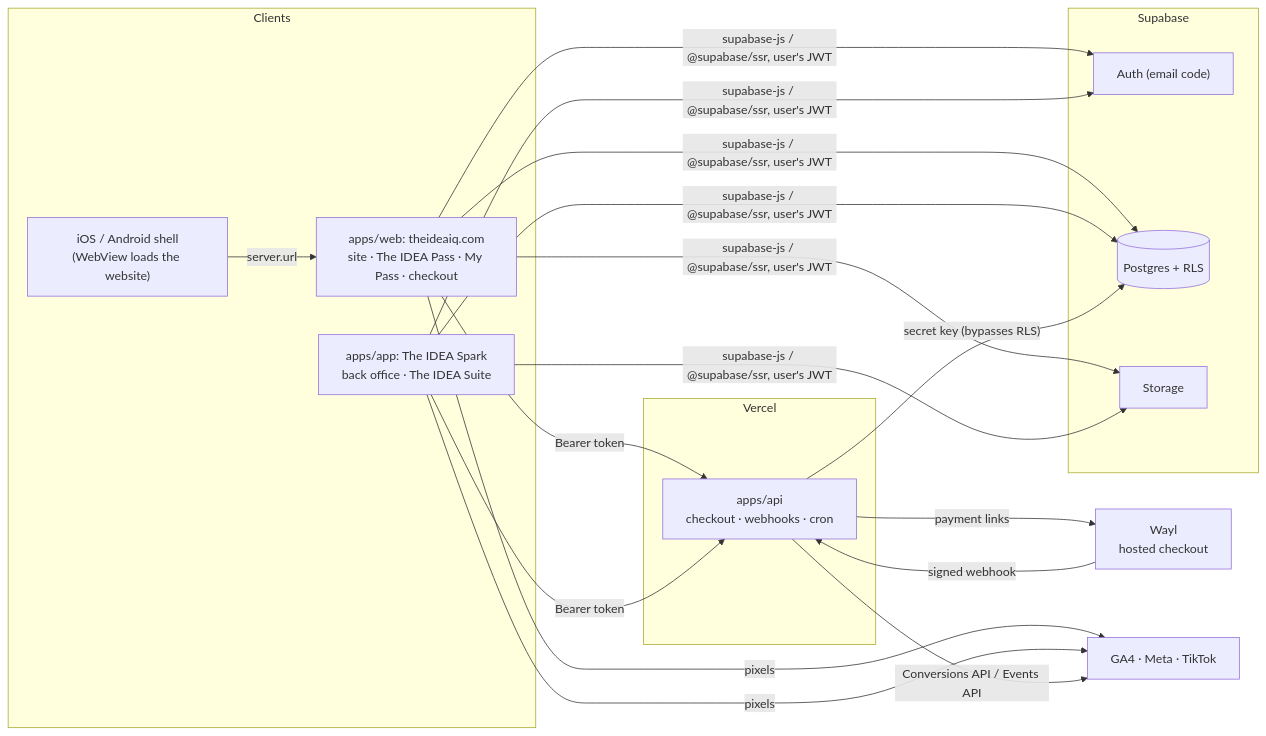
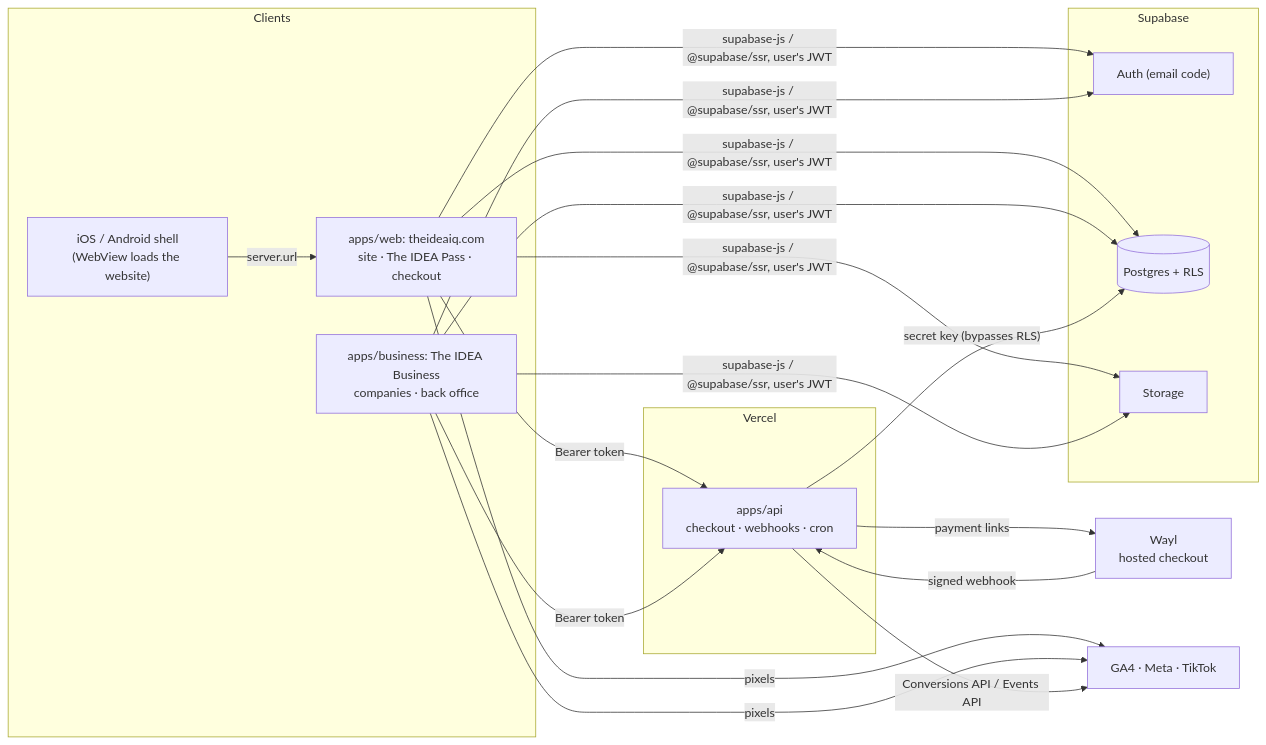
The first of 2 diagrams in ARCHITECTURE_AND_INTEGRATIONS.md (theideaiq/monorepo), drawn with Mermaid before and after one commit. The commit also changed other lines of this file and 286 other files, not shown here.

````diff
--- a/ARCHITECTURE_AND_INTEGRATIONS.md
+++ b/ARCHITECTURE_AND_INTEGRATIONS.md
@@ -24,27 +24,27 @@
 ```mermaid
 flowchart LR
   subgraph Clients
-    W["apps/web: theideaiq.com<br/>site · The IDEA Pass · My Pass · checkout"]
-    A["apps/app: The IDEA Spark<br/>back office · The IDEA Suite"]
+    W["apps/web: theideaiq.com<br/>site · The IDEA Pass · checkout"]
+    A["apps/business: The IDEA Business<br/>companies · back office"]
     N["iOS / Android shell<br/>(WebView loads the website)"]
   end
   subgraph Server["Vercel"]
     API["apps/api<br/>checkout · webhooks · cron"]
   end
   subgraph Supabase
     AUTH["Auth (email code)"]
     DB[("Postgres + RLS")]
     ST["Storage"]
   end
   WAYL["Wayl<br/>hosted checkout"]
   ADS["GA4 · Meta · TikTok"]
 
   N -- "server.url" --> W
   W & A -- "supabase-js / @supabase/ssr, user's JWT" --> AUTH & DB & ST
   W & A -- "Bearer token" --> API
   API -- "secret key (bypasses RLS)" --> DB
   API -- "payment links" --> WAYL
   WAYL -- "signed webhook" --> API
   W & A -- "pixels" --> ADS
   API -- "Conversions API / Events API" --> ADS
 ```
````
